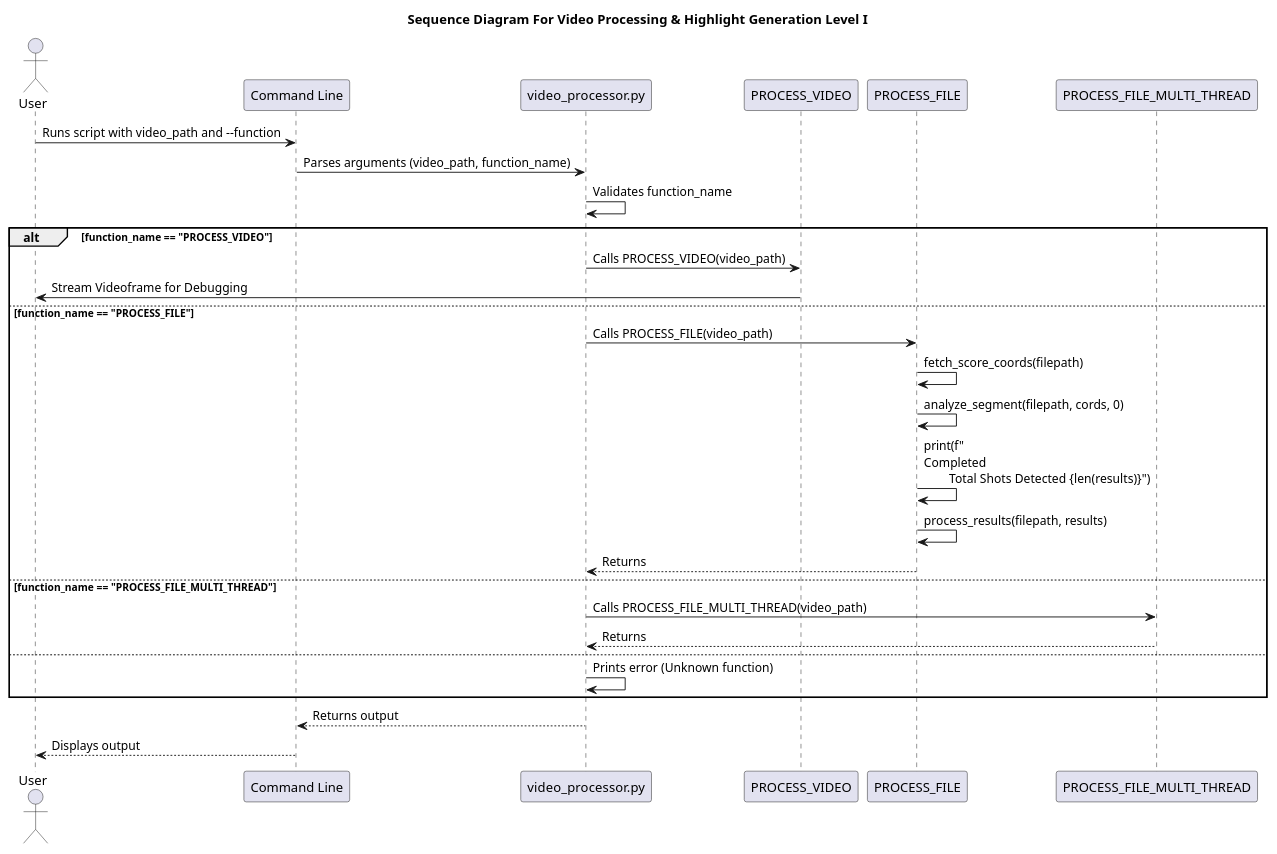
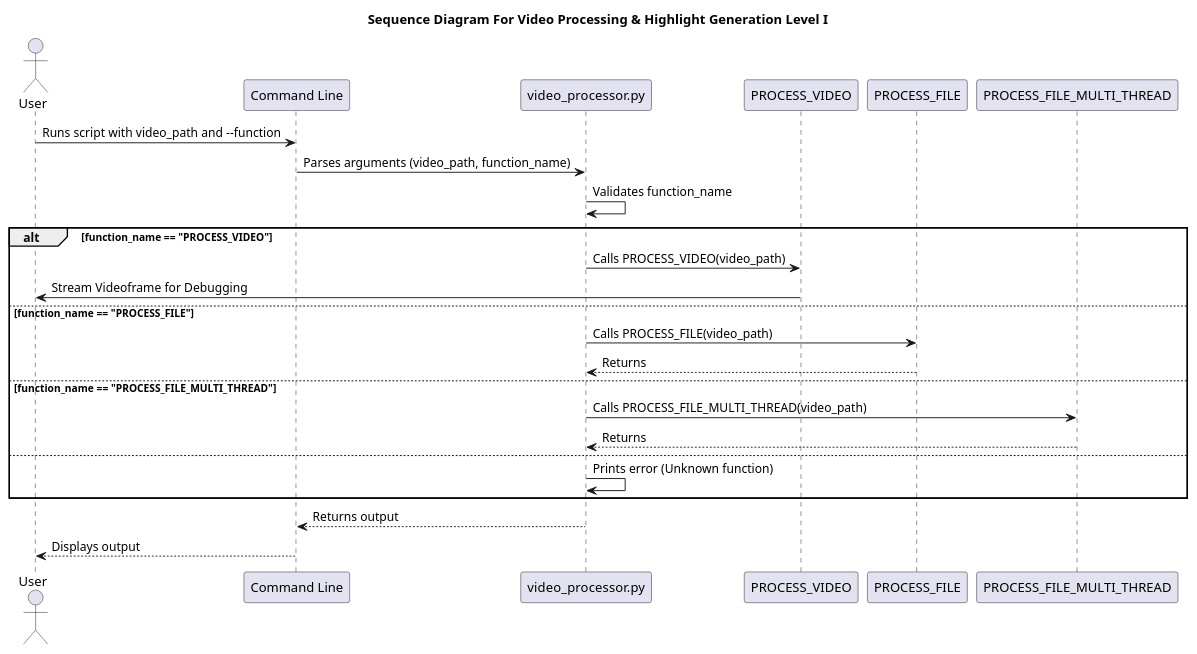
One commit to SawaabA/Clip_Genius changed the diagram in Docs/uml/SequenceOCR.plantuml. Above: the diagram before and after it, drawn with PlantUML. The commit also changed 11 other files, not shown here.

```diff
--- a/Docs/uml/SequenceOCR.plantuml
+++ b/Docs/uml/SequenceOCR.plantuml
@@ -1,33 +1,29 @@
 @startuml CLIP_GENIUS
 title Sequence Diagram For Video Processing & Highlight Generation Level I
 
 actor User
 participant "Command Line" as CLI
 participant "video_processor.py" as Script
 participant "PROCESS_VIDEO" as PV
 participant "PROCESS_FILE" as PF
 participant "PROCESS_FILE_MULTI_THREAD" as PFT
 
 User -> CLI: Runs script with video_path and --function
 CLI -> Script: Parses arguments (video_path, function_name)
 Script -> Script: Validates function_name
 alt function_name == "PROCESS_VIDEO"
     Script -> PV: Calls PROCESS_VIDEO(video_path)
     PV -> User: Stream Videoframe for Debugging
 else function_name == "PROCESS_FILE"
     Script -> PF: Calls PROCESS_FILE(video_path)
-    PF->PF:fetch_score_coords(filepath)
-    PF->PF:analyze_segment(filepath, cords, 0)
-    PF->PF:print(f"\nCompleted\n\tTotal Shots Detected {len(results)}")
-    PF->PF:process_results(filepath, results)
     PF --> Script: Returns
 else function_name == "PROCESS_FILE_MULTI_THREAD"
     Script -> PFT: Calls PROCESS_FILE_MULTI_THREAD(video_path)
     PFT --> Script: Returns
 else
     Script -> Script: Prints error (Unknown function)
 end
 Script --> CLI: Returns output
 CLI --> User: Displays output
 
 @enduml
```
